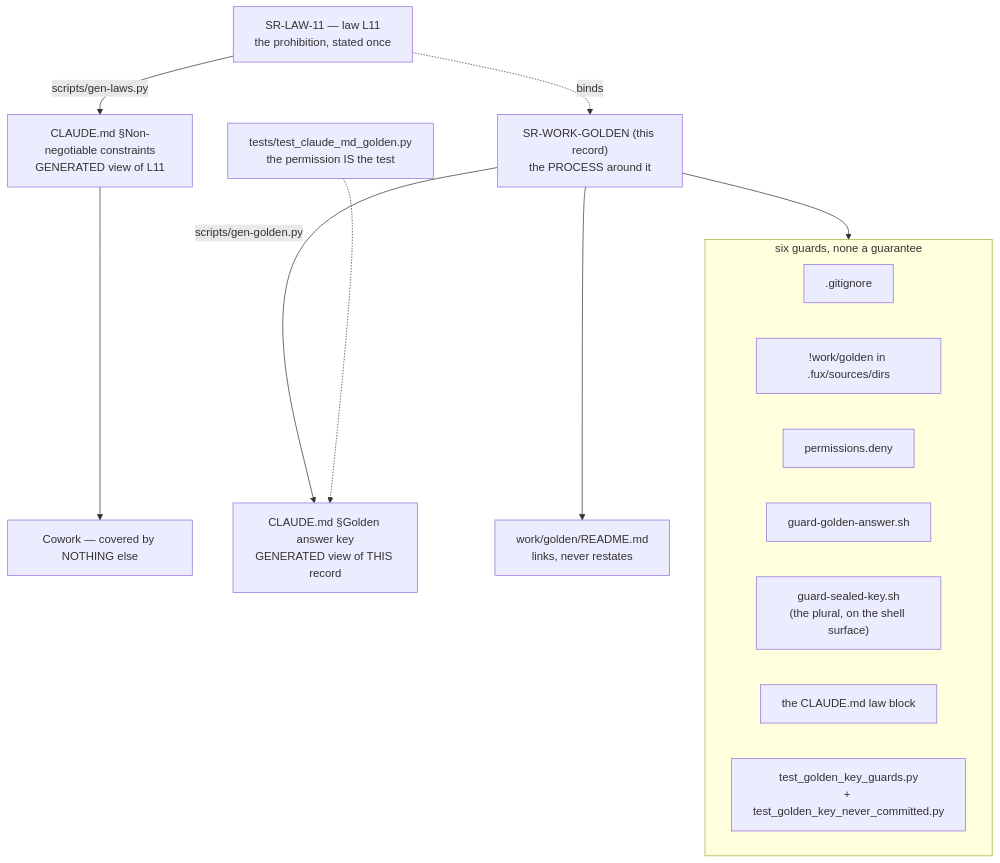
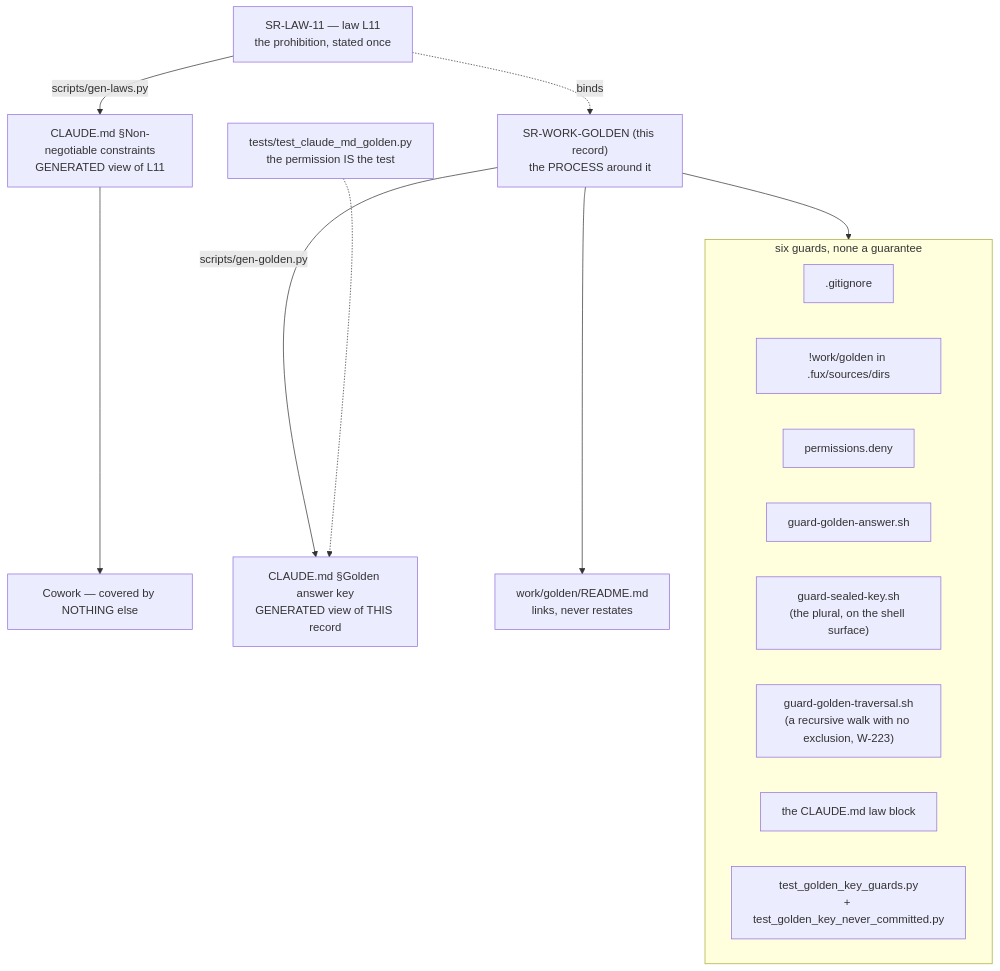
The diagram in records/0066_WORK-golden.md (arpitarya/fux), drawn with Mermaid before and after one commit. The commit also changed other lines of this file and 291 other files, not shown here.

First line of the commit message:
feat: W-223 traversal guard, generation-3 seed, W-224 RM3 removal

````diff
--- a/records/0066_WORK-golden.md
+++ b/records/0066_WORK-golden.md
@@ -74,24 +74,25 @@
 ```mermaid
 flowchart TD
     L["SR-LAW-11 — law L11<br/>the prohibition, stated once"]
     R["SR-WORK-GOLDEN (this record)<br/>the PROCESS around it"]
     C["CLAUDE.md §Non-negotiable constraints<br/>GENERATED view of L11"]
     P["CLAUDE.md §Golden answer key<br/>GENERATED view of THIS record"]
     T["tests/test_claude_md_golden.py<br/>the permission IS the test"]
     L -->|scripts/gen-laws.py| C
     R -->|scripts/gen-golden.py| P
     T -.-> P
     L -.->|binds| R
     C --> W["Cowork — covered by NOTHING else"]
     R --> G["work/golden/README.md<br/>links, never restates"]
     subgraph guards ["six guards, none a guarantee"]
         G1[".gitignore"]
         G2["!work/golden in .fux/sources/dirs"]
         G3["permissions.deny"]
         G4["guard-golden-answer.sh"]
         G4b["guard-sealed-key.sh<br/>(the plural, on the shell surface)"]
+        G4c["guard-golden-traversal.sh<br/>(a recursive walk with no exclusion, W-223)"]
         G5["the CLAUDE.md law block"]
         G6["test_golden_key_guards.py<br/>+ test_golden_key_never_committed.py"]
     end
     R --> guards
 ```
````
